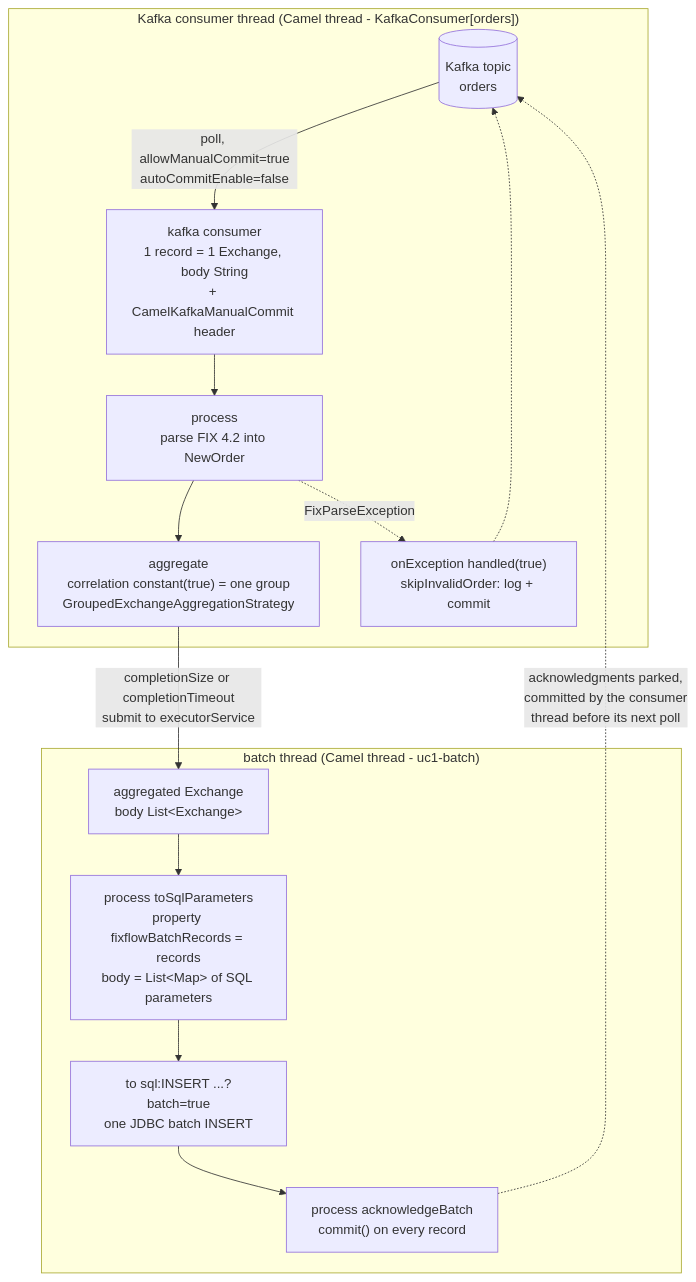
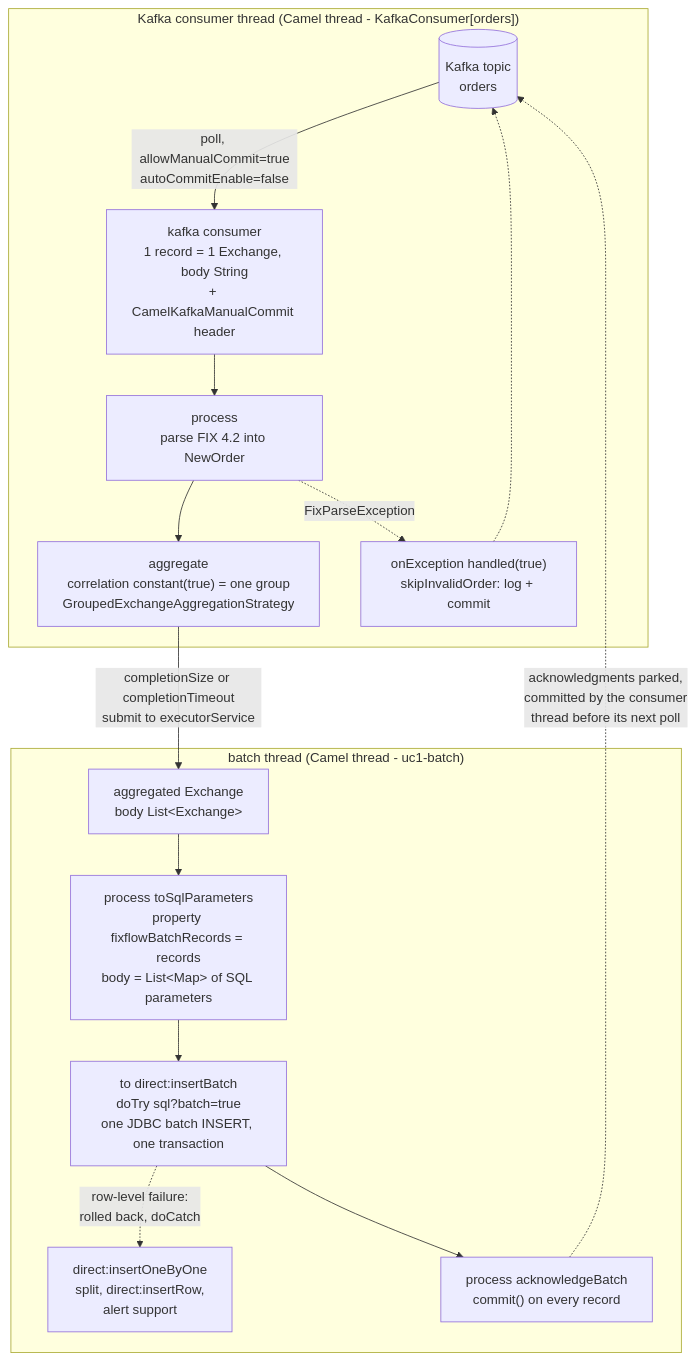
The first of 2 diagrams in usecase1/apache-camel/README.md (crazymatthsu/spring-integration-vs-apache-camel), drawn with Mermaid before and after one commit. The commit also changed other lines of this file and 27 other files, not shown here.

````diff
--- a/usecase1/apache-camel/README.md
+++ b/usecase1/apache-camel/README.md
@@ -18,17 +18,18 @@
 ```mermaid
 flowchart TB
     subgraph CT["Kafka consumer thread (Camel thread - KafkaConsumer[orders])"]
         K[("Kafka topic<br/>orders")] -->|"poll, allowManualCommit=true<br/>autoCommitEnable=false"| KC["kafka consumer<br/>1 record = 1 Exchange, body String<br/>+ CamelKafkaManualCommit header"]
         KC --> P["process<br/>parse FIX 4.2 into NewOrder"]
         P --> AG["aggregate<br/>correlation constant(true) = one group<br/>GroupedExchangeAggregationStrategy"]
         P -.->|"FixParseException"| OE["onException handled(true)<br/>skipInvalidOrder: log + commit"]
     end
     AG -->|"completionSize or completionTimeout<br/>submit to executorService"| B
     subgraph BT["batch thread (Camel thread - uc1-batch)"]
         B["aggregated Exchange<br/>body List&lt;Exchange&gt;"] --> SP["process toSqlParameters<br/>property fixflowBatchRecords = records<br/>body = List&lt;Map&gt; of SQL parameters"]
-        SP --> SQL["to sql:INSERT ...?batch=true<br/>one JDBC batch INSERT"]
+        SP --> SQL["to direct:insertBatch<br/>doTry sql?batch=true<br/>one JDBC batch INSERT, one transaction"]
+        SQL -.->|"row-level failure:<br/>rolled back, doCatch"| FB["direct:insertOneByOne<br/>split, direct:insertRow,<br/>alert support"]
         SQL --> ACK["process acknowledgeBatch<br/>commit() on every record"]
     end
     ACK -.->|"acknowledgments parked,<br/>committed by the consumer<br/>thread before its next poll"| K
     OE -.-> K
 ```
````
